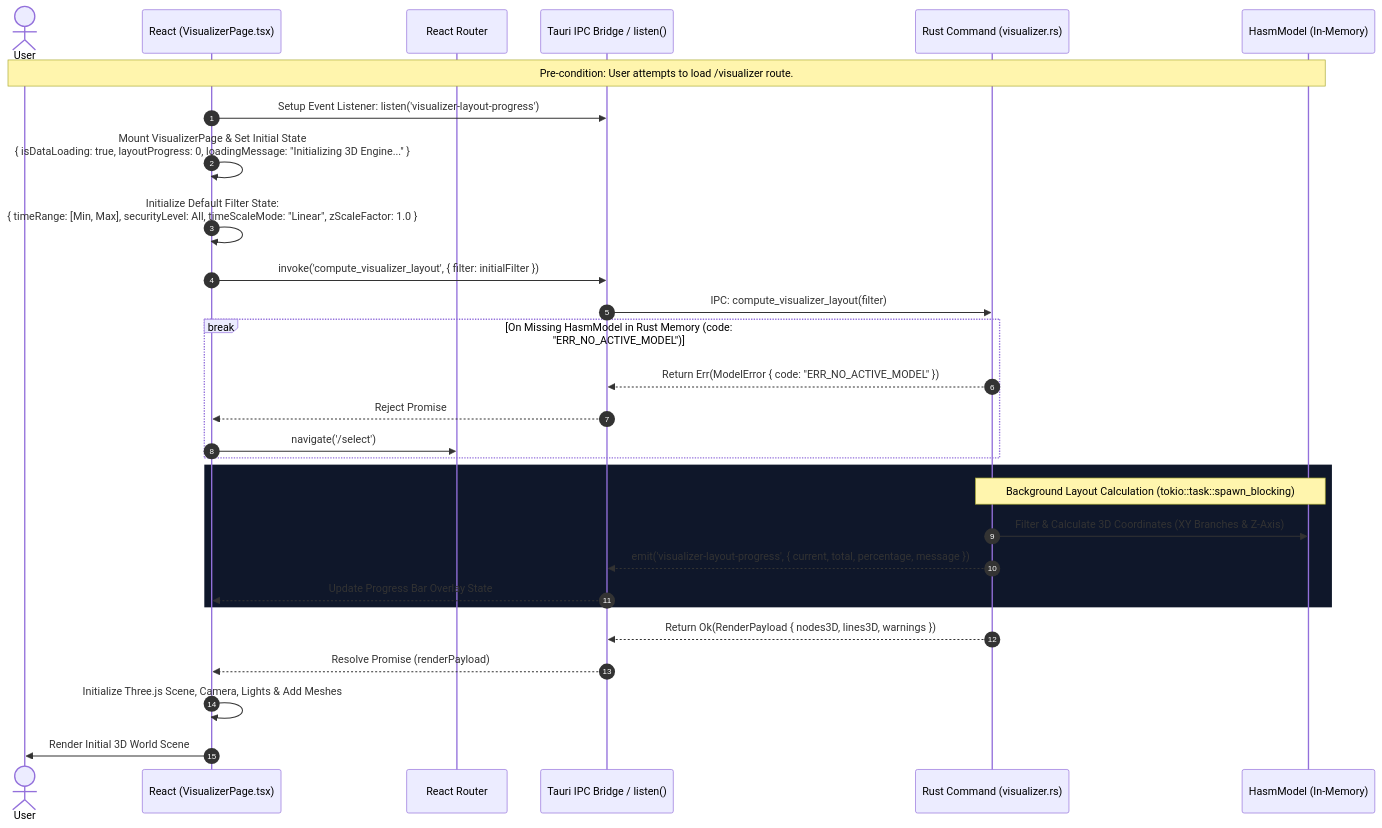
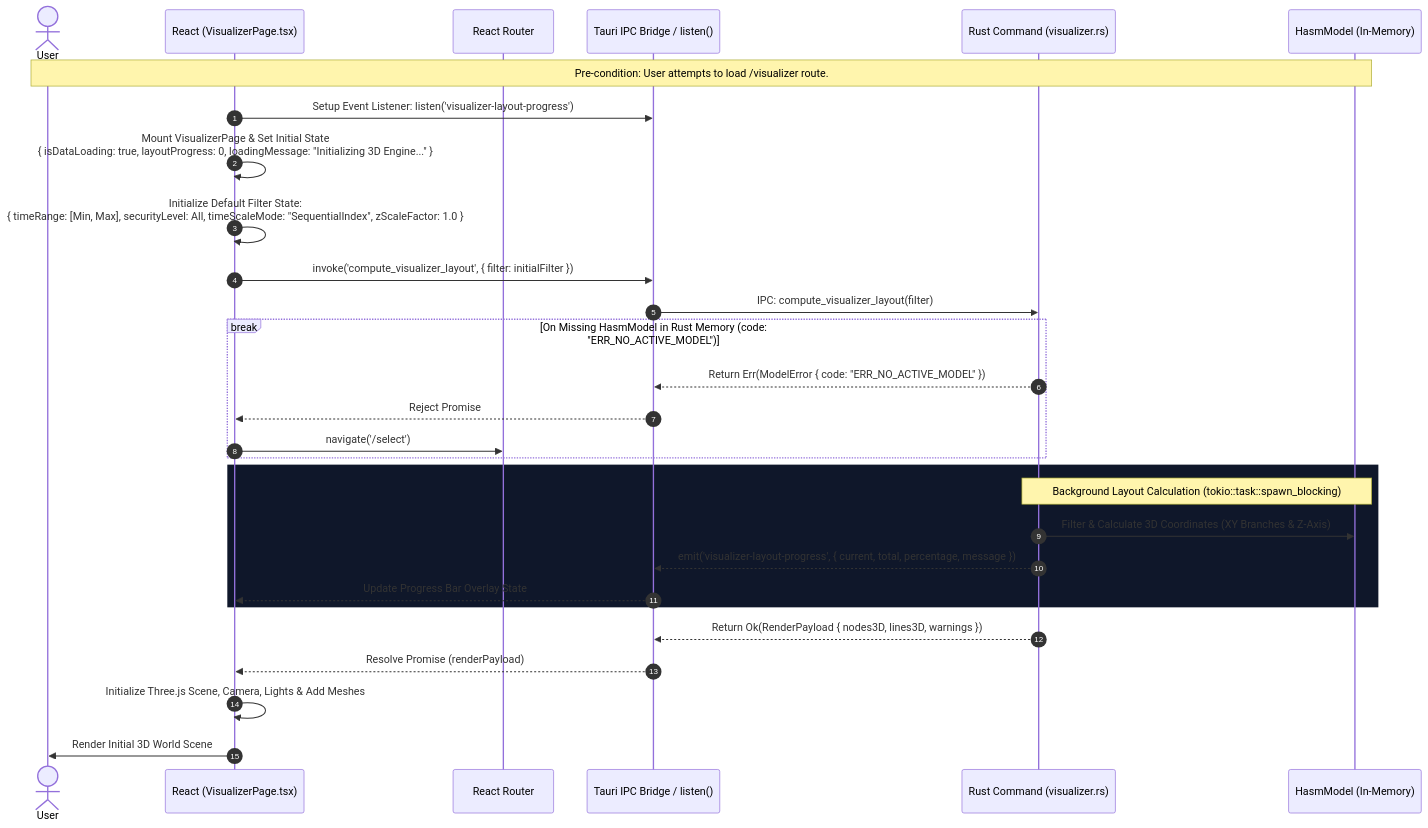
One commit to HibiyaHaraki/hasm changed the first of 3 diagrams in docs/arch/12-SEQ-03_Visualizer.md. Above: the diagram before and after it, drawn with Mermaid. The commit also changed other lines of this file and 6 other files, not shown here.

````diff
--- a/docs/arch/12-SEQ-03_Visualizer.md
+++ b/docs/arch/12-SEQ-03_Visualizer.md
@@ -51,41 +53,41 @@
 ```mermaid
 sequenceDiagram
     autonumber
     actor User as User
     participant React as React (VisualizerPage.tsx)
     participant Router as React Router
     participant Bridge as Tauri IPC Bridge / listen()
     participant Rust as Rust Command (visualizer.rs)
     participant Model as HasmModel (In-Memory)
 
     Note over User,Model: Pre-condition: User attempts to load /visualizer route.
 
     React->>Bridge: Setup Event Listener: listen('visualizer-layout-progress')
     React->>React: Mount VisualizerPage & Set Initial State<br/>{ isDataLoading: true, layoutProgress: 0, loadingMessage: "Initializing 3D Engine..." }
-    React->>React: Initialize Default Filter State:<br/>{ timeRange: [Min, Max], securityLevel: All, timeScaleMode: "Linear", zScaleFactor: 1.0 }
+    React->>React: Initialize Default Filter State:<br/>{ timeRange: [Min, Max], securityLevel: All, timeScaleMode: "SequentialIndex", zScaleFactor: 1.0 }
     
     React->>Bridge: invoke('compute_visualizer_layout', { filter: initialFilter })
     Bridge->>Rust: IPC: compute_visualizer_layout(filter)
 
     %% Guard Check
     break On Missing HasmModel in Rust Memory (code: "ERR_NO_ACTIVE_MODEL")
         Rust-->>Bridge: Return Err(ModelError { code: "ERR_NO_ACTIVE_MODEL" })
         Bridge-->>React: Reject Promise
         React->>Router: navigate('/select')
     end
 
     %% Async Layout Stream
     rect rgb(15, 23, 42)
         Note over Rust,Model: Background Layout Calculation (tokio::task::spawn_blocking)
         Rust->>Model: Filter & Calculate 3D Coordinates (XY Branches & Z-Axis)
         Rust-->>Bridge: emit('visualizer-layout-progress', { current, total, percentage, message })
         Bridge-->>React: Update Progress Bar Overlay State
     end
 
     Rust-->>Bridge: Return Ok(RenderPayload { nodes3D, lines3D, warnings })
     Bridge-->>React: Resolve Promise (renderPayload)
     
     React->>React: Initialize Three.js Scene, Camera, Lights & Add Meshes
     React->>User: Render Initial 3D World Scene
 
 ```
````
